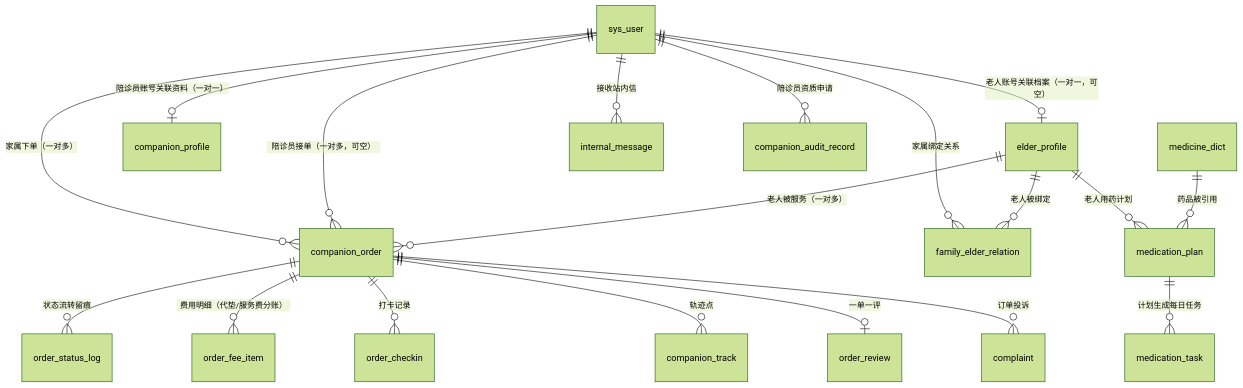
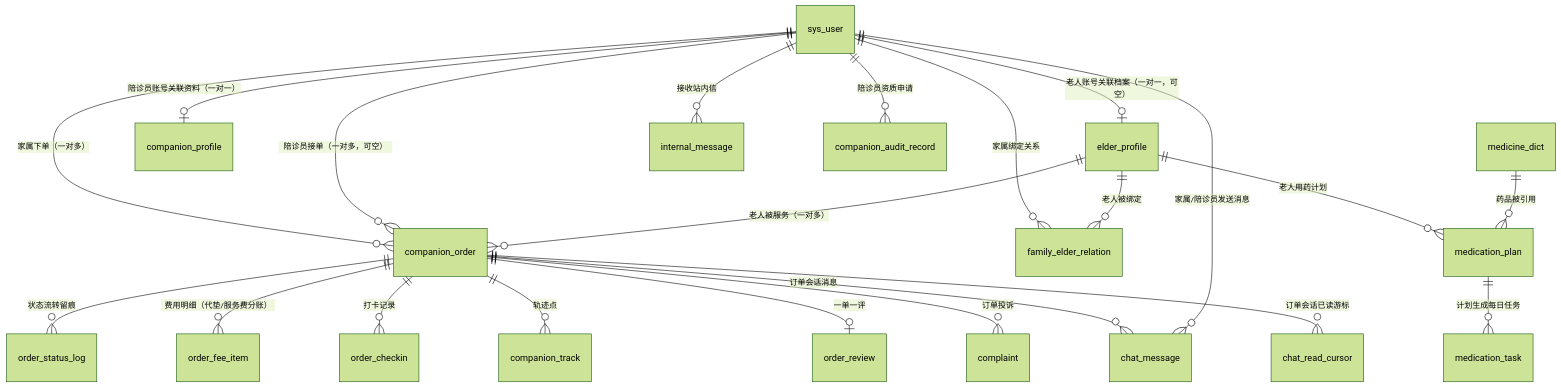
The first of 7 diagrams in docs/db/01-ER图.md (wangpanbin/Senior-Companion-Health-Assessment), drawn with Mermaid (forest theme) before and after one commit. The commit also changed other lines of this file and 90 other files, not shown here.

First line of the commit message:
feat(M13): 订单聊天全链路落地（家属↔陪诊员图文/视频实时会话）

````diff
--- a/docs/db/01-ER图.md
+++ b/docs/db/01-ER图.md
@@ -7,21 +7,24 @@
 ```mermaid
 erDiagram
     sys_user ||--o{ companion_order : "家属下单（一对多）"
     sys_user ||--o{ companion_order : "陪诊员接单（一对多，可空）"
     elder_profile ||--o{ companion_order : "老人被服务（一对多）"
     sys_user ||--o| elder_profile : "老人账号关联档案（一对一，可空）"
     sys_user ||--o| companion_profile : "陪诊员账号关联资料（一对一）"
     sys_user ||--o{ family_elder_relation : "家属绑定关系"
     elder_profile ||--o{ family_elder_relation : "老人被绑定"
     companion_order ||--o{ order_status_log : "状态流转留痕"
     companion_order ||--o{ order_fee_item : "费用明细（代垫/服务费分账）"
     companion_order ||--o{ order_checkin : "打卡记录"
     companion_order ||--o{ companion_track : "轨迹点"
     companion_order ||--o| order_review : "一单一评"
     companion_order ||--o{ complaint : "订单投诉"
     elder_profile ||--o{ medication_plan : "老人用药计划"
     medicine_dict ||--o{ medication_plan : "药品被引用"
     medication_plan ||--o{ medication_task : "计划生成每日任务"
     sys_user ||--o{ internal_message : "接收站内信"
     sys_user ||--o{ companion_audit_record : "陪诊员资质申请"
+    companion_order ||--o{ chat_message : "订单会话消息"
+    sys_user ||--o{ chat_message : "家属/陪诊员发送消息"
+    companion_order ||--o{ chat_read_cursor : "订单会话已读游标"
 ```
````
